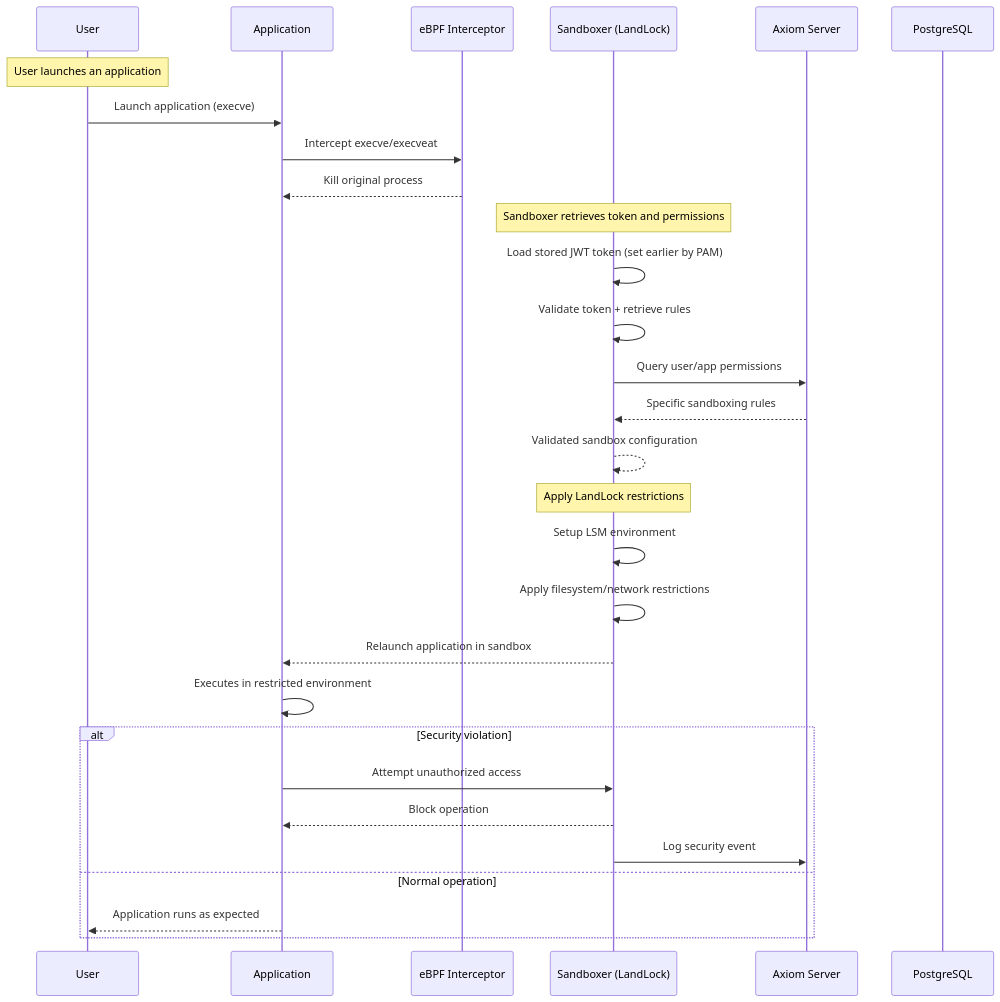
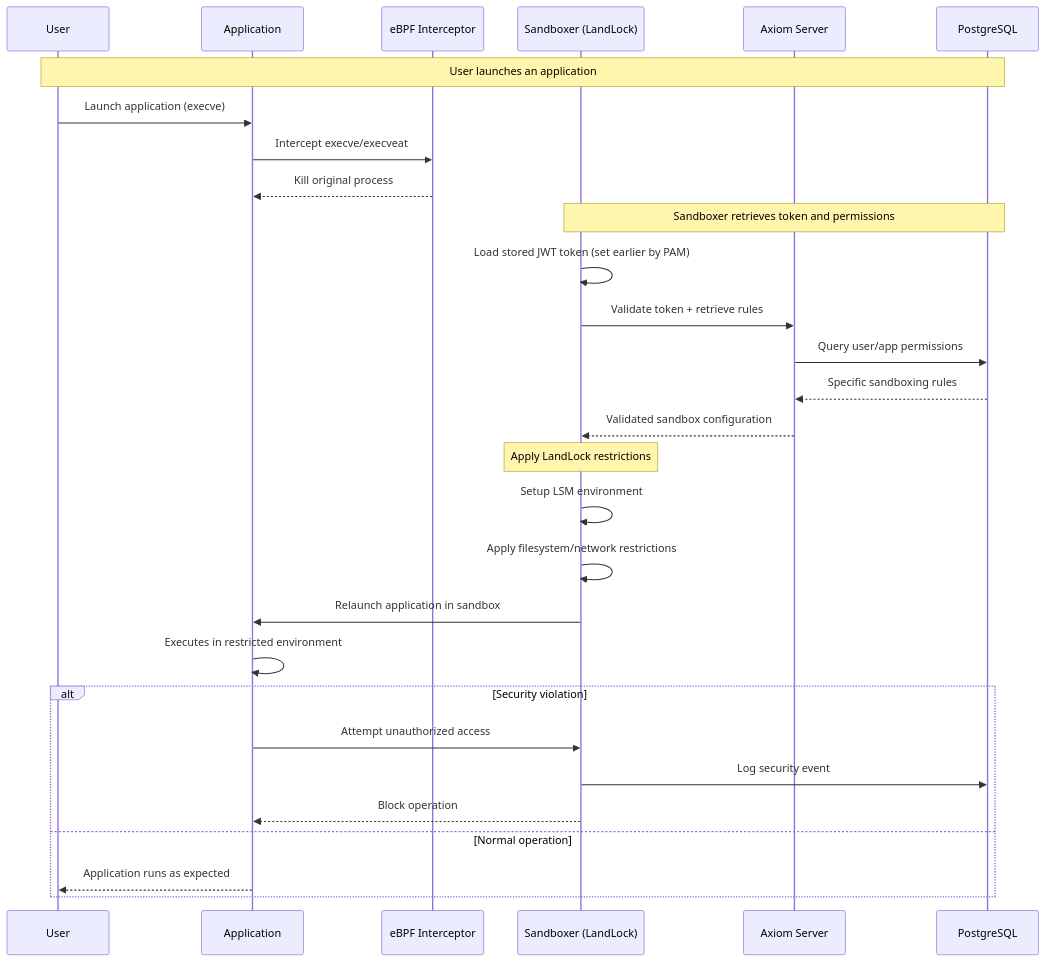
Before and after one commit to CODE-XANA/SupperNanny: the second of 3 diagrams in rust-landlock-main/README.md, drawn with Mermaid.

````diff
--- a/rust-landlock-main/README.md
+++ b/rust-landlock-main/README.md
@@ -61,35 +61,35 @@
 ```mermaid
 sequenceDiagram
-    participant User
-    participant Application
+    participant User as User
+    participant App as Application
     participant eBPF as eBPF Interceptor
-    participant Sandboxer as Sandboxer (LandLock)
+    participant Sandbox as Sandboxer (LandLock)
     participant Axiom as Axiom Server
     participant DB as PostgreSQL
 
-    Note over User: User launches an application
-    User->>Application: Launch application (execve)
-    Application->>eBPF: Intercept execve/execveat
-    eBPF-->>Application: Kill original process
+    Note over User, DB: User launches an application
+    User->>App: Launch application (execve)
+    App->>eBPF: Intercept execve/execveat
+    eBPF-->>App: Kill original process
 
-    Note over Sandboxer: Sandboxer retrieves token and permissions
-    Sandboxer->>Sandboxer: Load stored JWT token (set earlier by PAM)
-    Sandboxer->>Sandboxer: Validate token + retrieve rules
-    Sandboxer->>Axiom: Query user/app permissions
-    Axiom-->>Sandboxer: Specific sandboxing rules
-    Sandboxer-->>Sandboxer: Validated sandbox configuration
+    Note over Sandbox, DB: Sandboxer retrieves token and permissions
+    Sandbox->>Sandbox: Load stored JWT token (set earlier by PAM)
+    Sandbox->>Axiom: Validate token + retrieve rules
+    Axiom->>DB: Query user/app permissions
+    DB-->>Axiom: Specific sandboxing rules
+    Axiom-->>Sandbox: Validated sandbox configuration
 
-    Note over Sandboxer: Apply LandLock restrictions
-    Sandboxer->>Sandboxer: Setup LSM environment
-    Sandboxer->>Sandboxer: Apply filesystem/network restrictions
-    Sandboxer-->>Application: Relaunch application in sandbox
-    Application->>Application: Executes in restricted environment
+    Note over Sandbox: Apply LandLock restrictions
+    Sandbox->>Sandbox: Setup LSM environment
+    Sandbox->>Sandbox: Apply filesystem/network restrictions
+    Sandbox->>App: Relaunch application in sandbox
+    App->>App: Executes in restricted environment
 
     alt Security violation
-        Application->>Sandboxer: Attempt unauthorized access
-        Sandboxer-->>Application: Block operation
-        Sandboxer->>Axiom: Log security event
+        App->>Sandbox: Attempt unauthorized access
+        Sandbox->>DB: Log security event
+        Sandbox-->>App: Block operation
     else Normal operation
-        Application-->>User: Application runs as expected
+        App-->>User: Application runs as expected
     end
 ```
````
